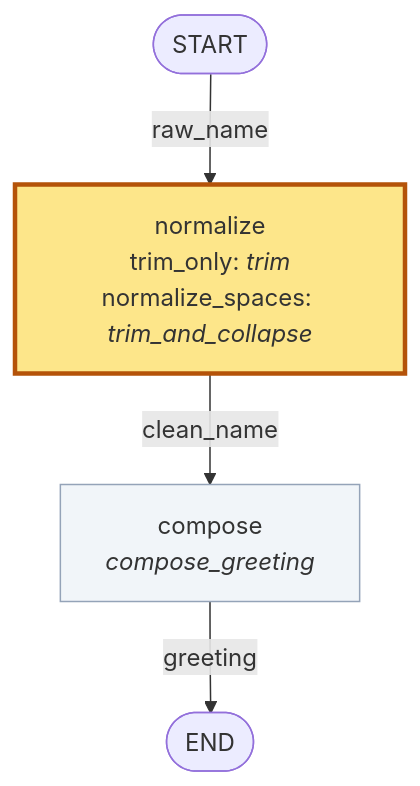
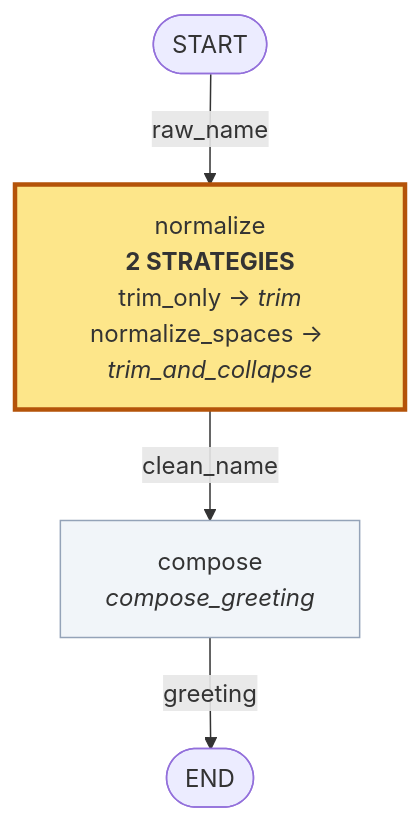
One commit to borisdev/graph-builder-spec changed the third of 3 diagrams in README.md. Above: the diagram before and after it, drawn with Mermaid. The commit also changed other lines of this file and 3 other files, not shown here.

First line of the commit message:
README: three diagrams at the top, each labelled with the call that drew it (#27)

````diff
--- a/README.md
+++ b/README.md
@@ -141,12 +61,12 @@
 ```mermaid
 flowchart TD
   START([START])
-  normalize["normalize<br/>trim_only: <i>trim</i><br/>normalize_spaces: <i>trim_and_collapse</i>"]:::varies
+  normalize["normalize<br/><b>2 STRATEGIES</b><br/>trim_only → <i>trim</i><br/>normalize_spaces → <i>trim_and_collapse</i>"]:::varies
   compose["compose<br/><i>compose_greeting</i>"]:::shared
   END([END])
   START -- raw_name --> normalize
   normalize -- clean_name --> compose
   compose -- greeting --> END
   classDef varies fill:#fde68a,stroke:#b45309,stroke-width:3px;
   classDef shared fill:#f1f5f9,stroke:#94a3b8;
 ```
````
